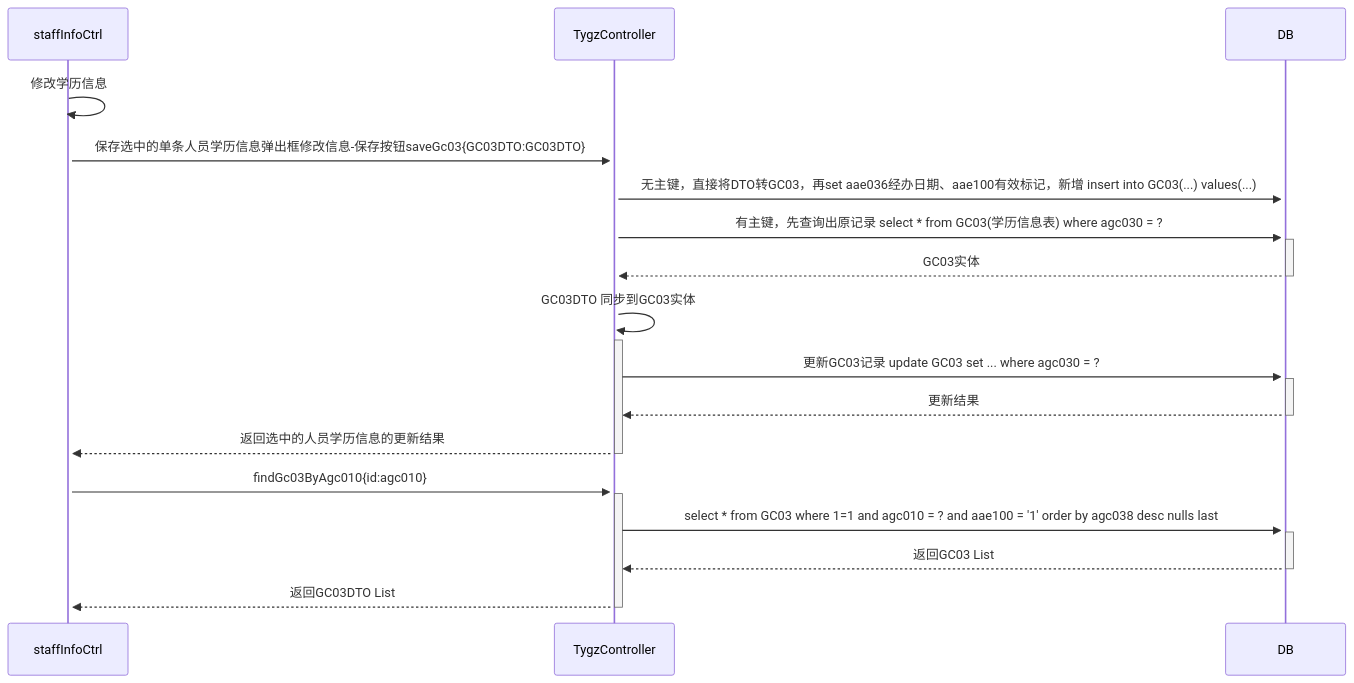
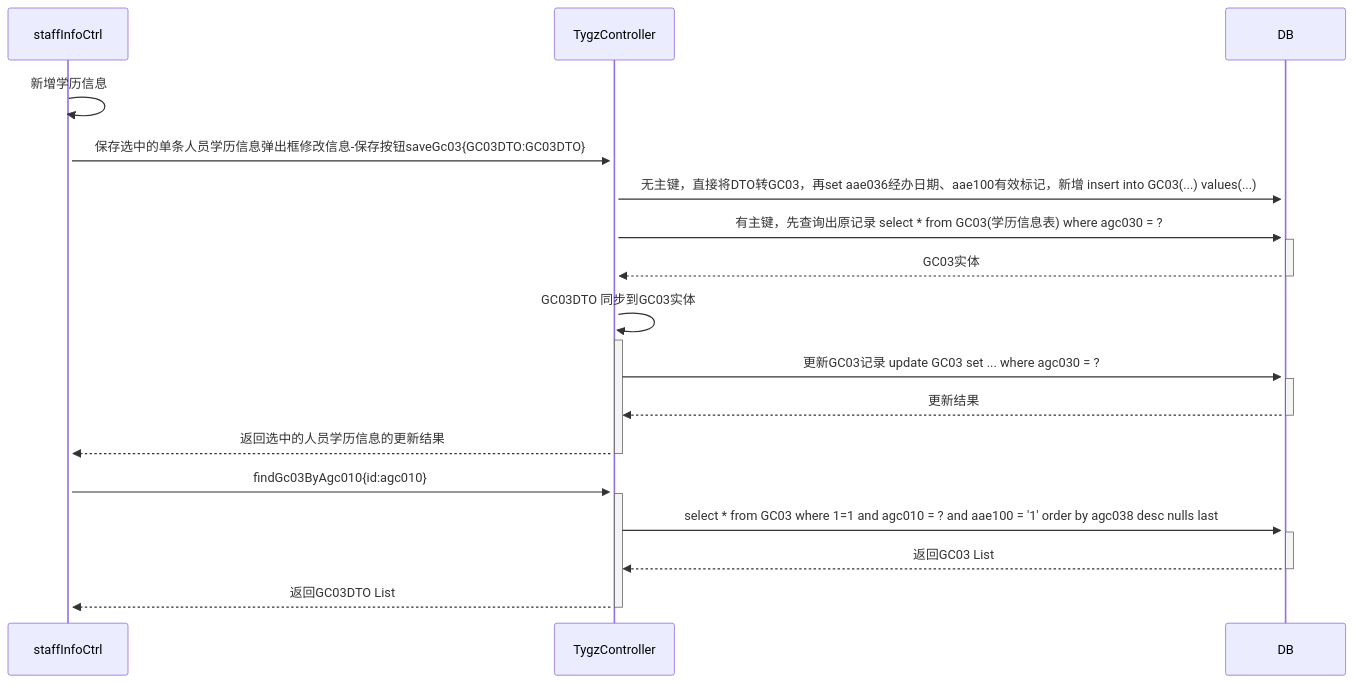
Before and after one commit to ZhangJianBeiJing/iodraw-files: the diagram in all/未命名.md, drawn with Mermaid.

Commit message:
2025-03-25 16:57:37 update

````diff
--- a/all/未命名.md
+++ b/all/未命名.md
@@ -1,16 +1,16 @@
 ```mermaid
 sequenceDiagram
-    staffInfoCtrl->>+staffInfoCtrl:修改学历信息
+    staffInfoCtrl->>+staffInfoCtrl:新增学历信息
     staffInfoCtrl->>+TygzController:保存选中的单条人员学历信息弹出框修改信息-保存按钮saveGc03{GC03DTO:GC03DTO}
     TygzController->>+DB:无主键，直接将DTO转GC03，再set aae036经办日期、aae100有效标记，新增 insert into GC03(...) values(...)
     TygzController->>+DB:有主键，先查询出原记录 select * from GC03(学历信息表) where  agc030 = ?
     DB-->>-TygzController:GC03实体
     TygzController->>+TygzController:GC03DTO 同步到GC03实体
     TygzController->>+DB:更新GC03记录 update GC03 set ... where agc030 = ?
     DB-->>-TygzController:更新结果
     TygzController-->>-staffInfoCtrl:返回选中的人员学历信息的更新结果
     staffInfoCtrl->>+TygzController:findGc03ByAgc010{id:agc010}
     TygzController->>+DB:select * from GC03 where 1=1 and agc010 = ? and aae100 = '1' order by agc038 desc nulls last
     DB-->>-TygzController:返回GC03 List
     TygzController-->>-staffInfoCtrl:返回GC03DTO List
 ```
````
